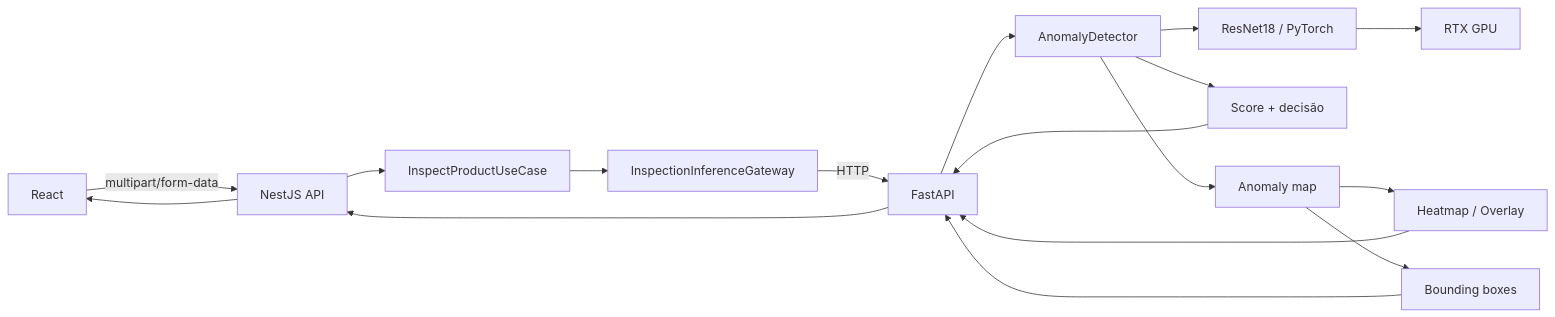
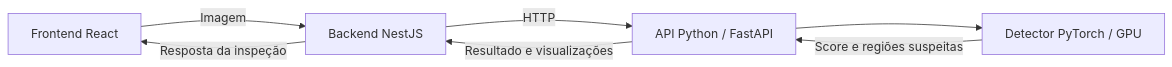
One commit to thobiasgd/industrial-inspection changed the diagram in README.md. Above: the diagram before and after it, drawn with Mermaid. The commit also changed other lines of this file and 37 other files, not shown here.

````diff
--- a/README.md
+++ b/README.md
@@ -15,19 +34,9 @@
 ```mermaid
 flowchart LR
-    A[React] -->|multipart/form-data| B[NestJS API]
-    B --> C[InspectProductUseCase]
-    C --> D[InspectionInferenceGateway]
-    D -->|HTTP| E[FastAPI]
-    E --> F[AnomalyDetector]
-    F --> G[ResNet18 / PyTorch]
-    G --> H[RTX GPU]
-    F --> I[Score + decisão]
-    F --> J[Anomaly map]
-    J --> K[Heatmap / Overlay]
-    J --> L[Bounding boxes]
-    I --> E
-    K --> E
-    L --> E
-    E --> B
-    B --> A
+    A[Frontend React] -->|Imagem| B[Backend NestJS]
+    B -->|HTTP| C[API Python / FastAPI]
+    C --> D[Detector PyTorch / GPU]
+    D -->|Score e regiões suspeitas| C
+    C -->|Resultado e visualizações| B
+    B -->|Resposta da inspeção| A
 ```
````
